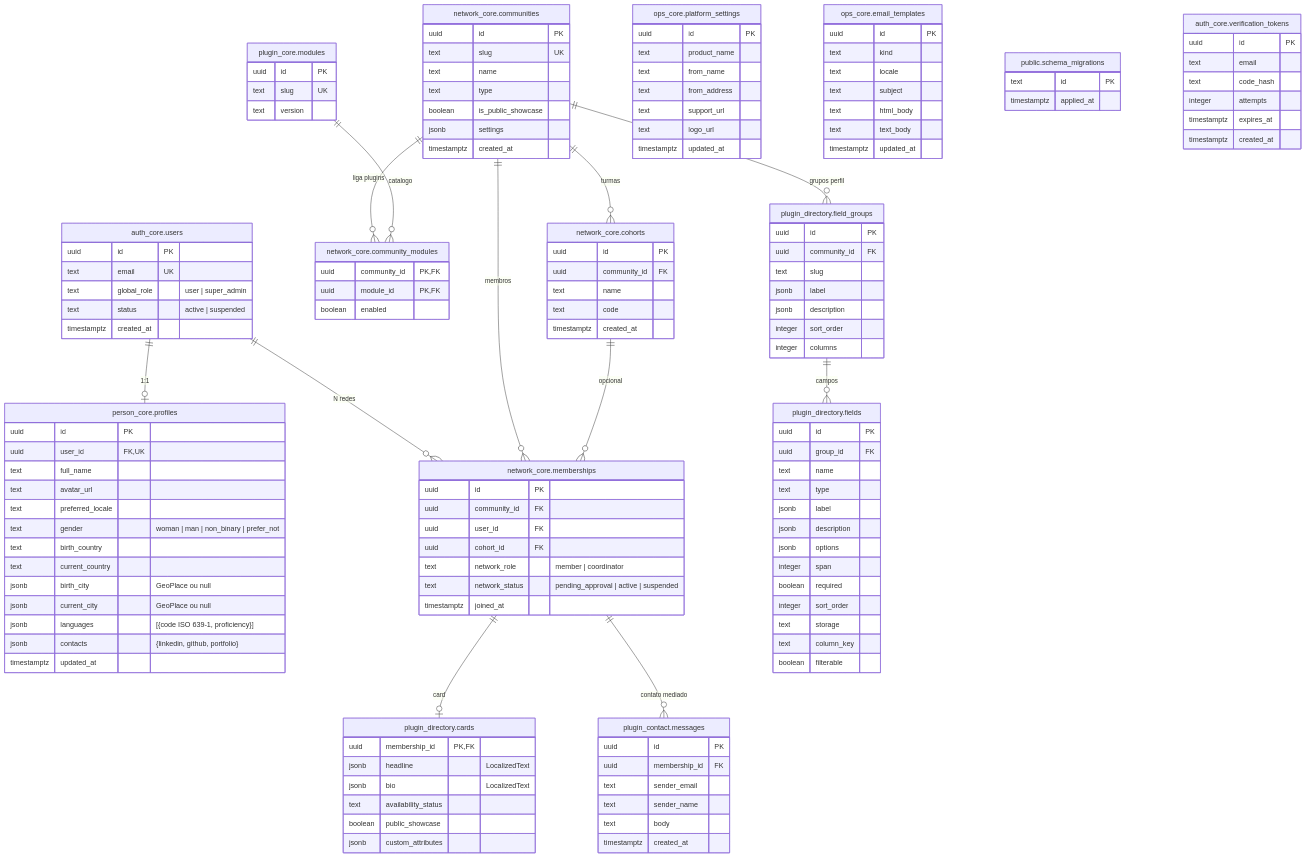
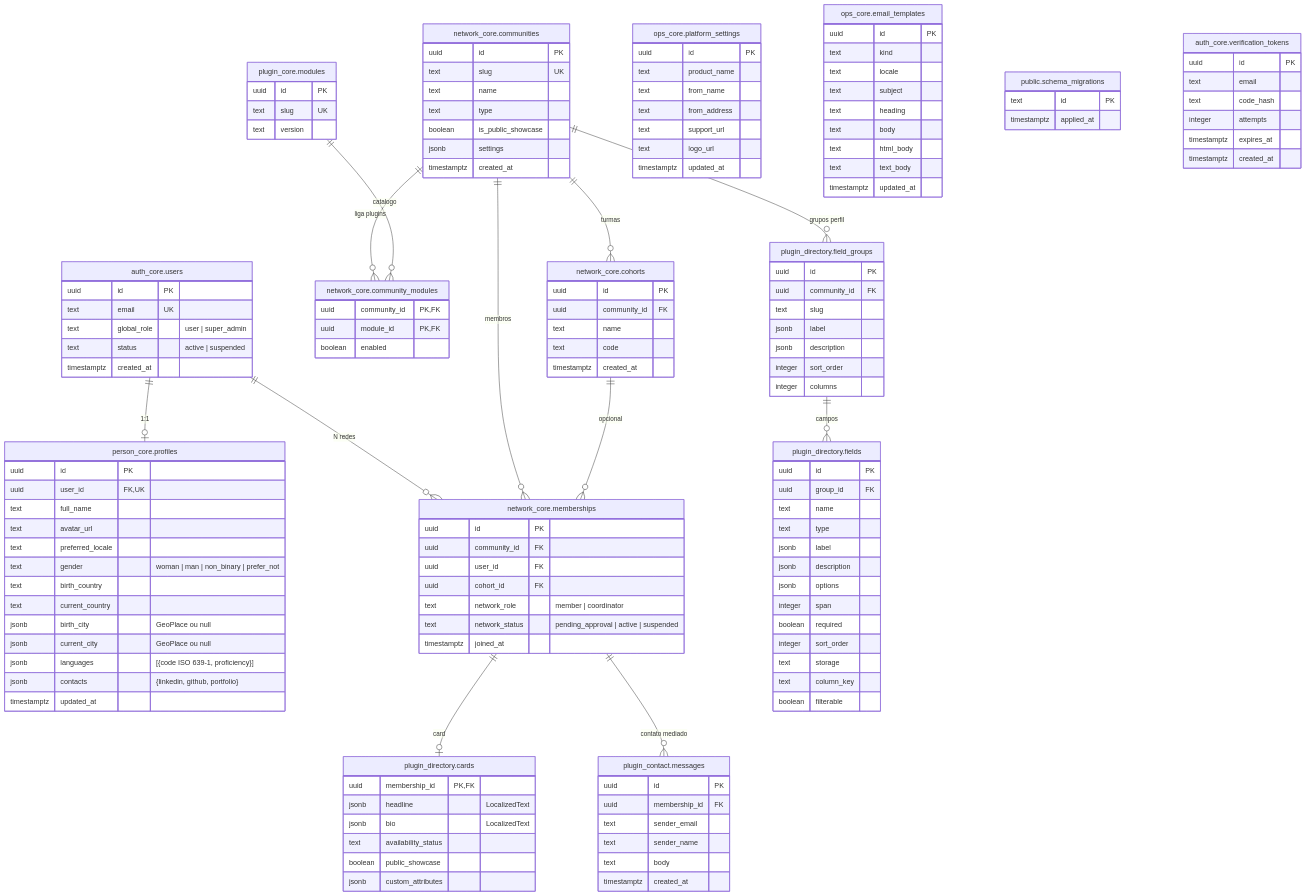
Before and after one commit to colabcolibri/comuna: the diagram in docs/architecture/diagrams/alumni-database.md, drawn with Mermaid. The commit also changed 40 other files, not shown here.

```diff
--- a/docs/architecture/diagrams/alumni-database.md
+++ b/docs/architecture/diagrams/alumni-database.md
@@ -37,6 +37,8 @@
         text kind
         text locale
         text subject
+        text heading
+        text body
         text html_body
         text text_body
         timestamptz updated_at
```
